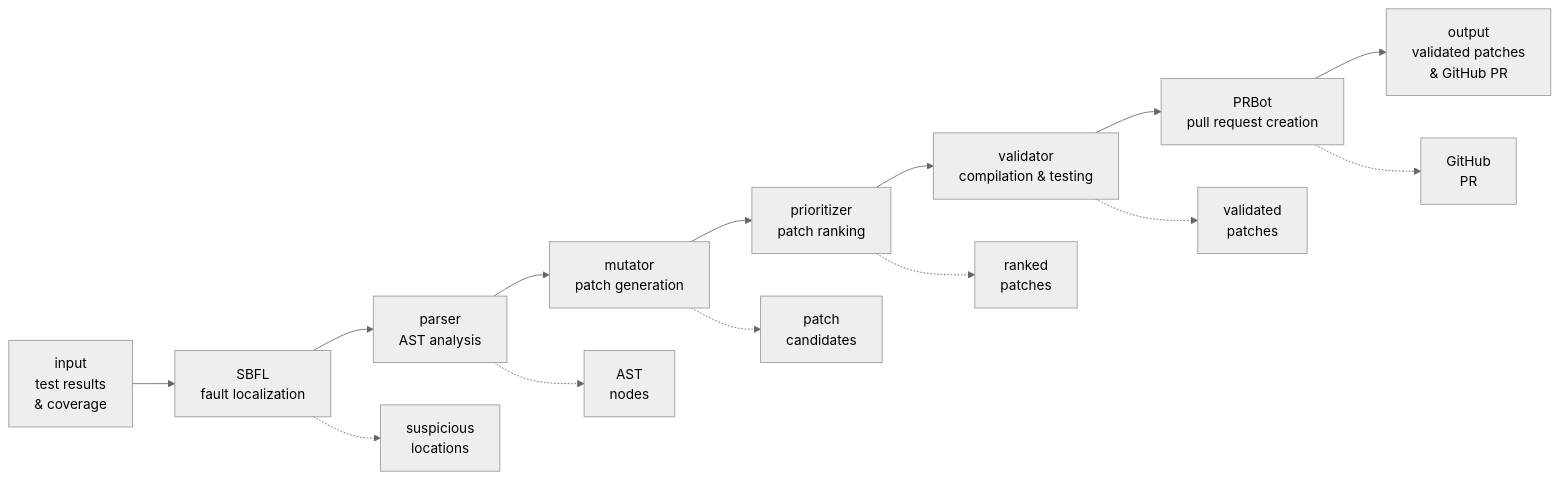
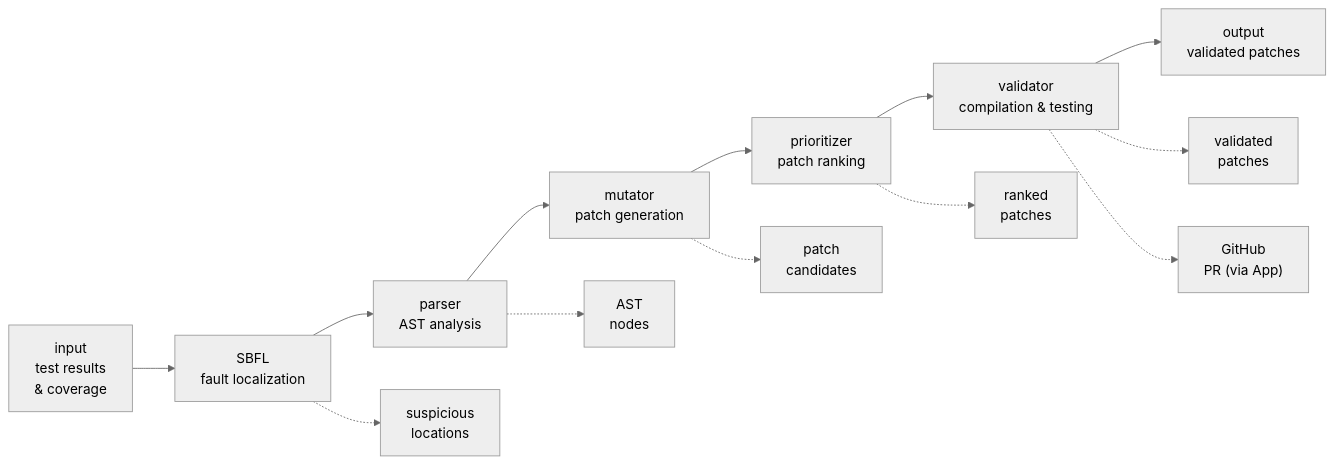
Before and after one commit to amenzies23/CMPT-479-Project: the diagram in README.md, drawn with Mermaid (neutral theme). The commit also changed other lines of this file and 3 other files, not shown here.

````diff
--- a/README.md
+++ b/README.md
@@ -17,17 +17,16 @@
 ```mermaid
 graph LR
     A["input<br/>test results<br/>& coverage"] --> B["SBFL<br/>fault localization"]
     B --> C["parser<br/>AST analysis"]
     C --> D["mutator<br/>patch generation"]
     D --> E["prioritizer<br/>patch ranking"]
     E --> F["validator<br/>compilation & testing"]
-    F --> G["PRBot<br/>pull request creation"]
-    G --> H["output<br/>validated patches<br/>& GitHub PR"]
+    F --> H["output<br/>validated patches"]
     
     B -.-> B1["suspicious<br/>locations"]
     C -.-> C1["AST<br/>nodes"]
     D -.-> D1["patch<br/>candidates"]
     E -.-> E1["ranked<br/>patches"]
     F -.-> F1["validated<br/>patches"]
-    G -.-> G1["GitHub<br/>PR"]
+    F -.-> G1["GitHub<br/>PR (via App)"]
 ```
````
